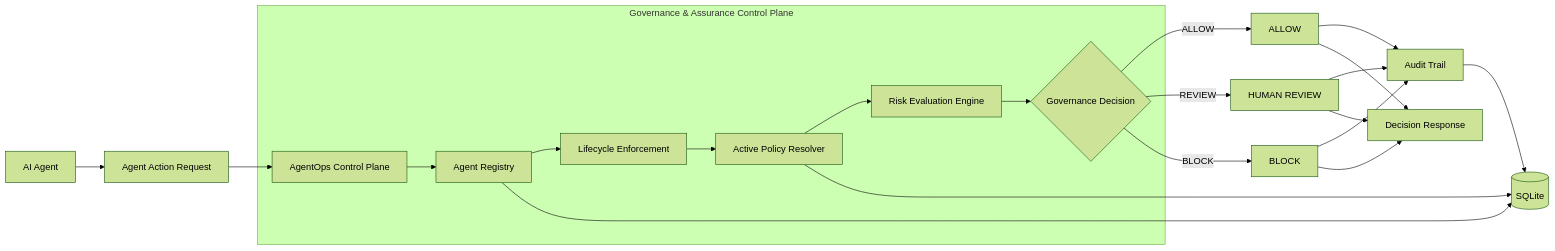
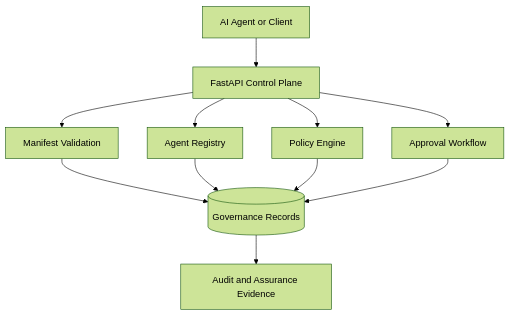
Before and after one commit to SwapnilMundhekar/AgentOps-Governance-Assurance-Control-Plane: the first of 4 diagrams in README.md, drawn with Mermaid (forest theme). The commit also changed other lines of this file, not shown here.

````diff
--- a/README.md
+++ b/README.md
@@ -87,31 +86,16 @@
 ```mermaid
-flowchart LR
+flowchart TB
+    A["AI Agent or Client"] --> B["FastAPI Control Plane"]
 
-    A["AI Agent"] --> B["Agent Action Request"]
+    B --> C["Manifest Validation"]
+    B --> D["Agent Registry"]
+    B --> E["Policy Engine"]
+    B --> F["Approval Workflow"]
 
-    B --> C["AgentOps Control Plane"]
+    C --> G[("Governance Records")]
+    D --> G
+    E --> G
+    F --> G
 
-    subgraph CP["Governance & Assurance Control Plane"]
-        C --> D["Agent Registry"]
-        D --> E["Lifecycle Enforcement"]
-        E --> F["Active Policy Resolver"]
-        F --> G["Risk Evaluation Engine"]
-        G --> H{"Governance Decision"}
-    end
-
-    H -->|ALLOW| I["ALLOW"]
-    H -->|REVIEW| J["HUMAN REVIEW"]
-    H -->|BLOCK| K["BLOCK"]
-
-    I --> L["Audit Trail"]
-    J --> L
-    K --> L
-
-    L --> M[("SQLite")]
-    D --> M
-    F --> M
-
-    I --> N["Decision Response"]
-    J --> N
-    K --> N
+    G --> H["Audit and Assurance Evidence"]
 ```
````
